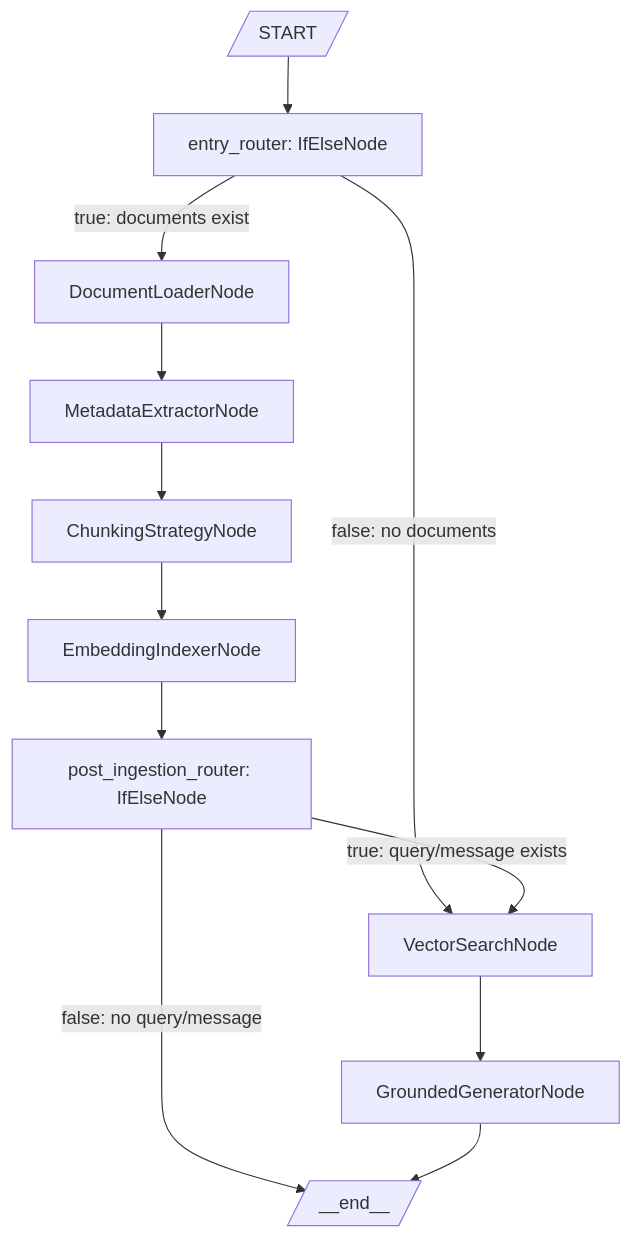
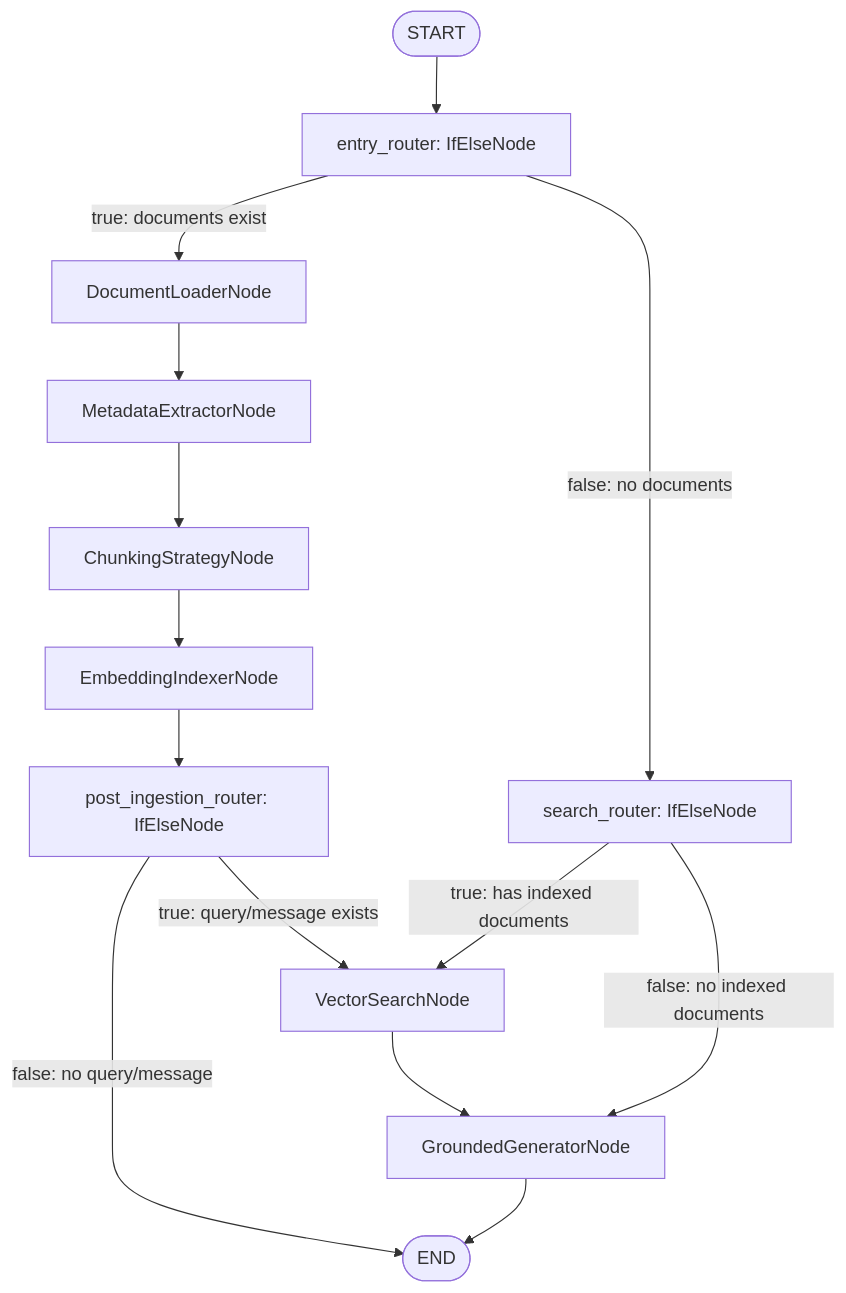
One commit to ShaojieJiang/orcheo changed the first of 5 diagrams in docs/conversational_search/demo_design.md. Above: the diagram before and after it, drawn with Mermaid. The commit also changed other lines of this file and 52 other files, not shown here.

````diff
--- a/docs/conversational_search/demo_design.md
+++ b/docs/conversational_search/demo_design.md
@@ -33,18 +35,22 @@
 ```mermaid
 graph TD
-    Start[/START/] --> EntryRouter[entry_router: IfElseNode]
+    Start([START]) --> EntryRouter[entry_router: IfElseNode]
 
     EntryRouter -->|true: documents exist| Loader[DocumentLoaderNode]
-    EntryRouter -->|false: no documents| Search[VectorSearchNode]
+    EntryRouter -->|false: no documents| SearchRouter[search_router: IfElseNode]
 
     Loader --> Metadata[MetadataExtractorNode]
     Metadata --> Chunking[ChunkingStrategyNode]
     Chunking --> Indexer[EmbeddingIndexerNode]
 
     Indexer --> PostRouter[post_ingestion_router: IfElseNode]
-    PostRouter -->|true: query/message exists| Search
-    PostRouter -->|false: no query/message| End[/__end__/]
+    PostRouter -->|true: query/message exists| Search[VectorSearchNode]
+    PostRouter -->|false: no query/message| End([END])
 
     Search --> Generator[GroundedGeneratorNode]
+
+    SearchRouter -->|true: has indexed documents| Search
+    SearchRouter -->|false: no indexed documents| Generator
+
     Generator --> End
 ```
````
